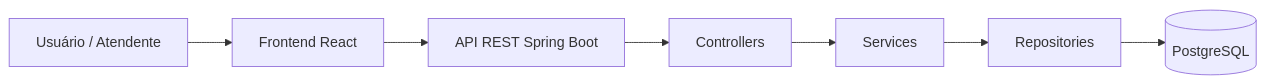
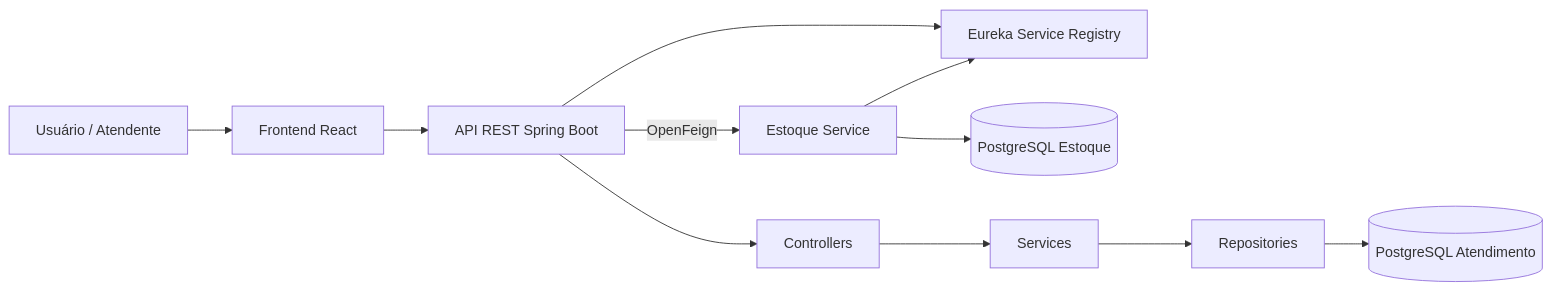
The first of 3 diagrams in docs/arquitetura.md (Je-Carlos/EngSoftEscalavel-PB), drawn with Mermaid before and after one commit. The commit also changed other lines of this file and 46 other files, not shown here.

````diff
--- a/docs/arquitetura.md
+++ b/docs/arquitetura.md
@@ -149,9 +166,13 @@
 ```mermaid
 flowchart LR
     Usuario[Usuário / Atendente] --> Frontend[Frontend React]
     Frontend --> API[API REST Spring Boot]
+    API --> Eureka[Eureka Service Registry]
+    Estoque[Estoque Service] --> Eureka
+    API -->|OpenFeign| Estoque
     API --> Controllers[Controllers]
     Controllers --> Services[Services]
     Services --> Repositories[Repositories]
-    Repositories --> DB[(PostgreSQL)]
+    Repositories --> DB[(PostgreSQL Atendimento)]
+    Estoque --> EstoqueDB[(PostgreSQL Estoque)]
 ```
````
